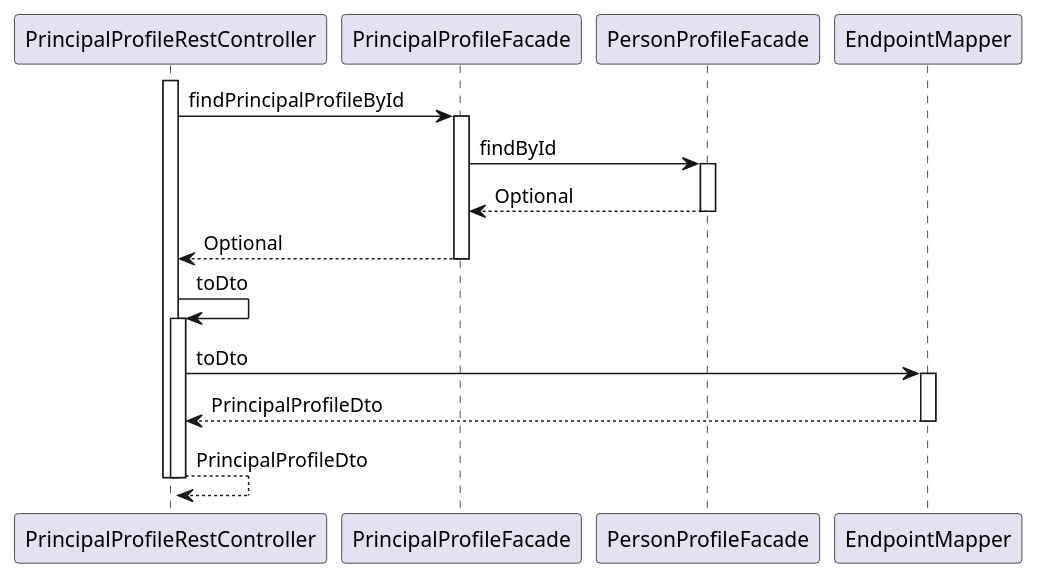
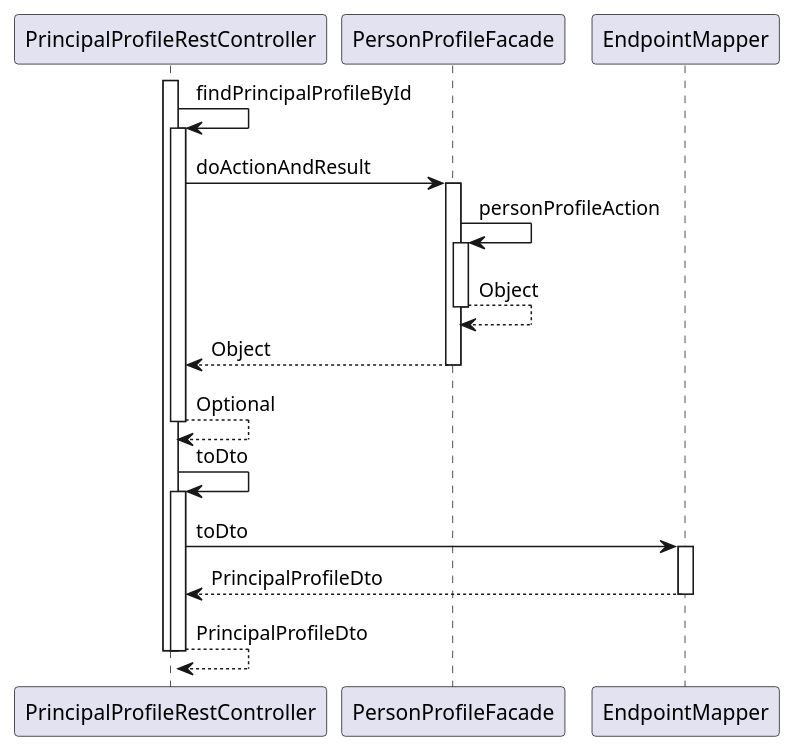
One commit to OlegSopilnyak/school-demo changed the diagram in ingress/documentation/puml/sequence-diagrams/Profile.PrincipalProfile.findById.puml. Above: the diagram before and after it, drawn with PlantUML. The commit also changed 102 other files, not shown here.

```diff
--- a/ingress/documentation/puml/sequence-diagrams/Profile.PrincipalProfile.findById.puml
+++ b/ingress/documentation/puml/sequence-diagrams/Profile.PrincipalProfile.findById.puml
@@ -3,27 +3,30 @@
 @startuml
 
 participant PrincipalProfileRestController
-participant PrincipalProfileFacade
 participant PersonProfileFacade
 participant EndpointMapper
 
 activate PrincipalProfileRestController
-	PrincipalProfileRestController -> PrincipalProfileFacade : findPrincipalProfileById
-	activate PrincipalProfileFacade
-		PrincipalProfileFacade -> PersonProfileFacade : findById
+	PrincipalProfileRestController -> PrincipalProfileRestController : findPrincipalProfileById
+	activate PrincipalProfileRestController
+		PrincipalProfileRestController -> PersonProfileFacade : doActionAndResult
 		activate PersonProfileFacade
-			PersonProfileFacade --> PrincipalProfileFacade : Optional
+			PersonProfileFacade -> PersonProfileFacade : personProfileAction
+			activate PersonProfileFacade
+				PersonProfileFacade --> PersonProfileFacade : Object
+			deactivate PersonProfileFacade
+			PersonProfileFacade --> PrincipalProfileRestController : Object
 		deactivate PersonProfileFacade
-		PrincipalProfileFacade --> PrincipalProfileRestController : Optional
-	deactivate PrincipalProfileFacade
+		PrincipalProfileRestController --> PrincipalProfileRestController : Optional
+	deactivate PrincipalProfileRestController
 	PrincipalProfileRestController -> PrincipalProfileRestController : toDto
 	activate PrincipalProfileRestController
 		PrincipalProfileRestController -> EndpointMapper : toDto
 		activate EndpointMapper
 			EndpointMapper --> PrincipalProfileRestController : PrincipalProfileDto
 		deactivate EndpointMapper
 		PrincipalProfileRestController --> PrincipalProfileRestController : PrincipalProfileDto
 	deactivate PrincipalProfileRestController
 deactivate PrincipalProfileRestController
 
 @enduml
```
